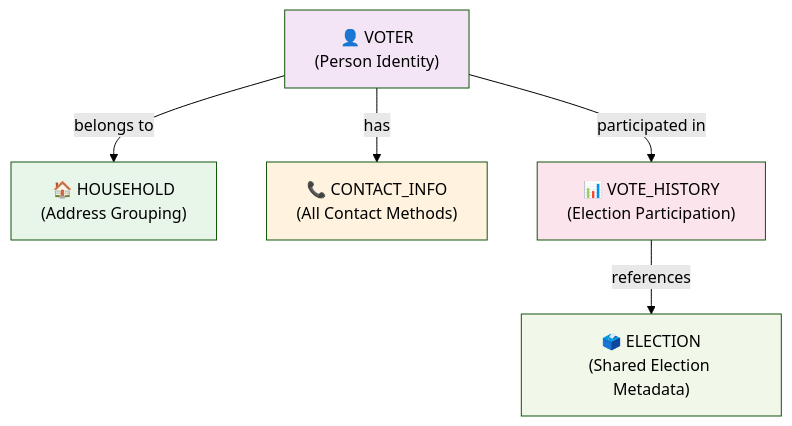
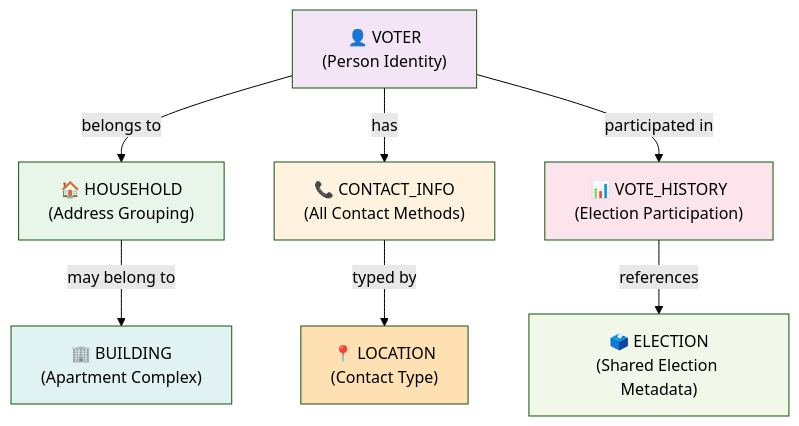
One commit to Spinnernicholas/cocoa-canvas changed the first of 2 diagrams in VOTER_FILE_ARCHITECTURE.md. Above: the diagram before and after it, drawn with Mermaid (forest theme). The commit also changed other lines of this file, not shown here.

First line of the commit message:
Add Building model for apartment complexes and update relationships

````diff
--- a/VOTER_FILE_ARCHITECTURE.md
+++ b/VOTER_FILE_ARCHITECTURE.md
@@ -15,19 +15,25 @@
 ```mermaid
 graph TD
     V["👤 VOTER<br/>(Person Identity)"]
     H["🏠 HOUSEHOLD<br/>(Address Grouping)"]
+    B["🏢 BUILDING<br/>(Apartment Complex)"]
     C["📞 CONTACT_INFO<br/>(All Contact Methods)"]
+    L["📍 LOCATION<br/>(Contact Type)"]
     E["🗳️ ELECTION<br/>(Shared Election Metadata)"]
     VH["📊 VOTE_HISTORY<br/>(Election Participation)"]
     
     V -->|belongs to| H
+    H -->|may belong to| B
     V -->|has| C
+    C -->|typed by| L
     V -->|participated in| VH
     VH -->|references| E
     
     style V fill:#f3e5f5
     style H fill:#e8f5e9
+    style B fill:#e0f2f1
     style C fill:#fff3e0
+    style L fill:#ffe0b2
     style VH fill:#fce4ec
     style E fill:#f1f8e9
 ```
````
